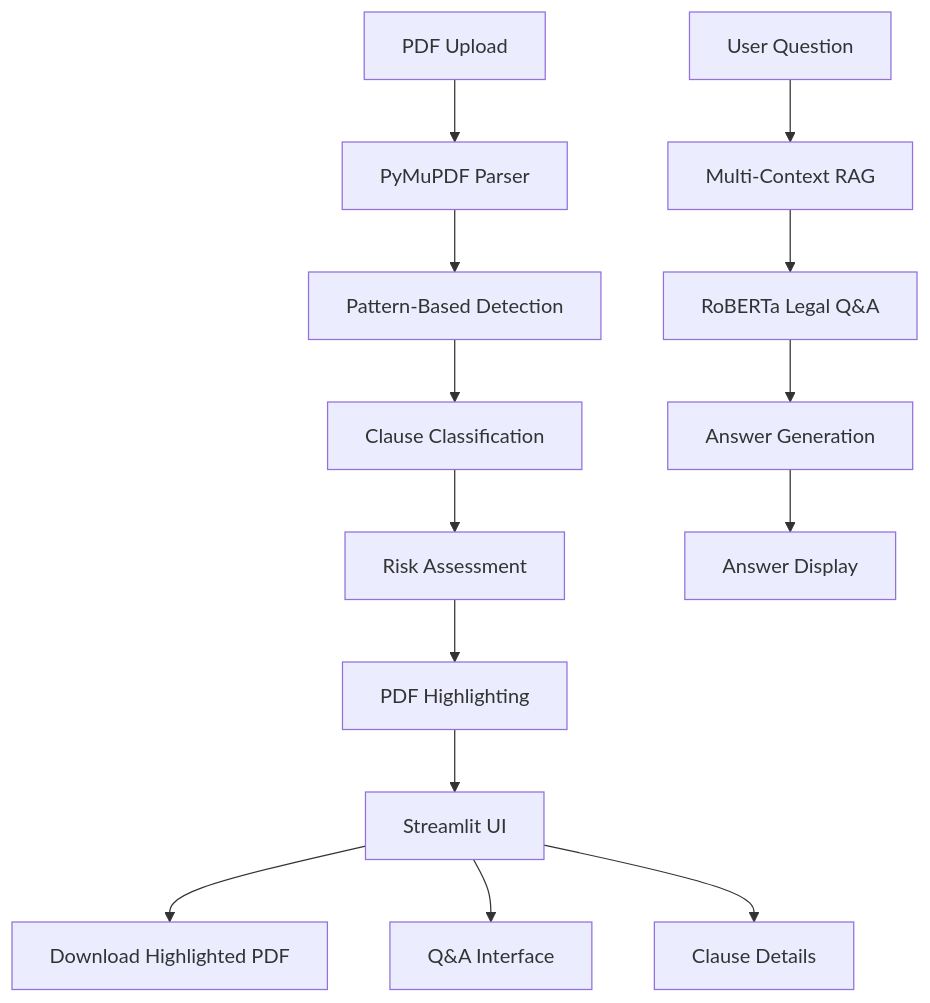
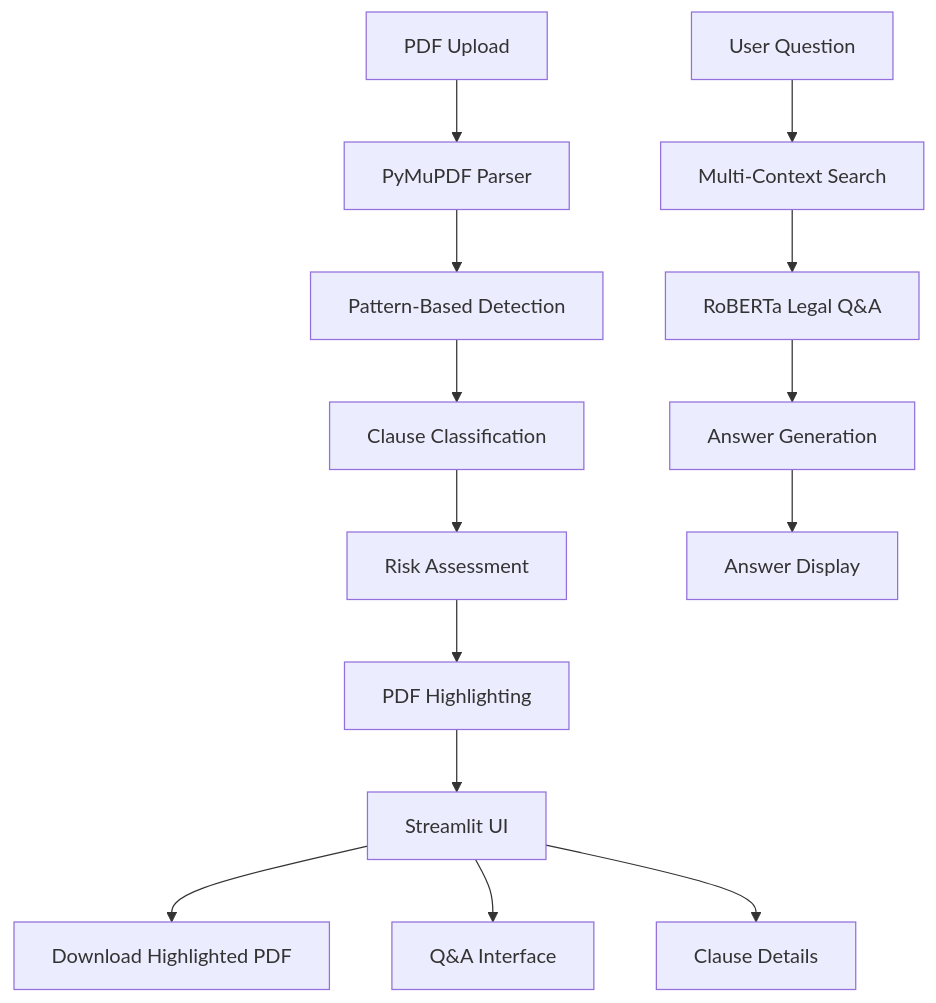
The diagram in README.md (HetanshWaghela/CLAWS), drawn with Mermaid before and after one commit. The commit also changed other lines of this file and 2 other files, not shown here.

Commit message:
Fix README to accurately reflect keyword-based search instead of RAG

````diff
--- a/README.md
+++ b/README.md
@@ -57,18 +57,18 @@
 ```mermaid
 graph TB
     A[PDF Upload] --> B[PyMuPDF Parser]
     B --> C[Pattern-Based Detection]
     C --> D[Clause Classification]
     D --> E[Risk Assessment]
     E --> F[PDF Highlighting]
     F --> G[Streamlit UI]
   
-    H[User Question] --> I[Multi-Context RAG]
+    H[User Question] --> I[Multi-Context Search]
     I --> J[RoBERTa Legal Q&A]
     J --> K[Answer Generation]
     K --> L[Answer Display]
   
     G --> M[Download Highlighted PDF]
     G --> N[Q&A Interface]
     G --> O[Clause Details]
 ```
````
